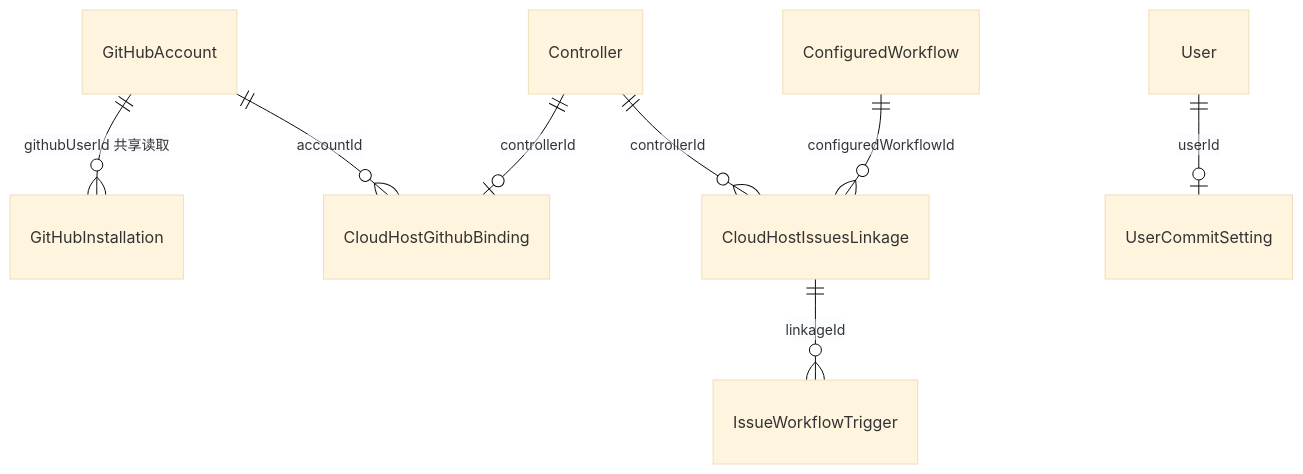
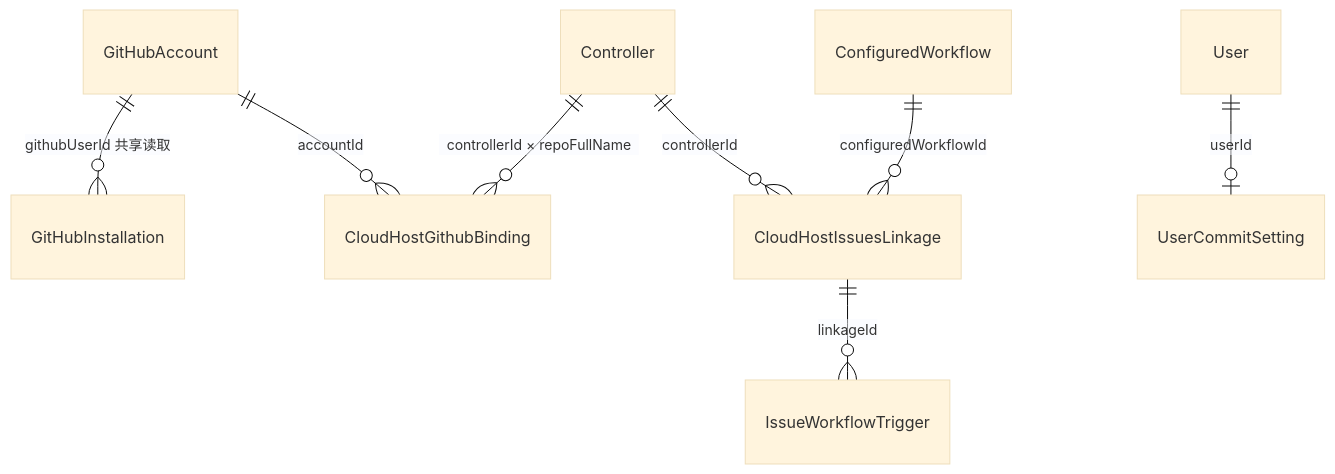
Before and after one commit to Deliay/z-agent-gear: the diagram in docs/knowledges/domain/A0-GitHub集成/01-聚合与实体.md, drawn with Mermaid (base theme). The commit also changed other lines of this file and 3 other files, not shown here.

````diff
--- a/docs/knowledges/domain/A0-GitHub集成/01-聚合与实体.md
+++ b/docs/knowledges/domain/A0-GitHub集成/01-聚合与实体.md
@@ -12,10 +12,10 @@
 ```mermaid
 erDiagram
     GitHubAccount ||--o{ GitHubInstallation : "githubUserId 共享读取"
     GitHubAccount ||--o{ CloudHostGithubBinding : accountId
     CloudHostIssuesLinkage ||--o{ IssueWorkflowTrigger : linkageId
     User ||--o| UserCommitSetting : userId
-    Controller ||--o| CloudHostGithubBinding : controllerId
+    Controller ||--o{ CloudHostGithubBinding : "controllerId × repoFullName"
     Controller ||--o{ CloudHostIssuesLinkage : controllerId
     ConfiguredWorkflow ||--o{ CloudHostIssuesLinkage : configuredWorkflowId
 ```
````
